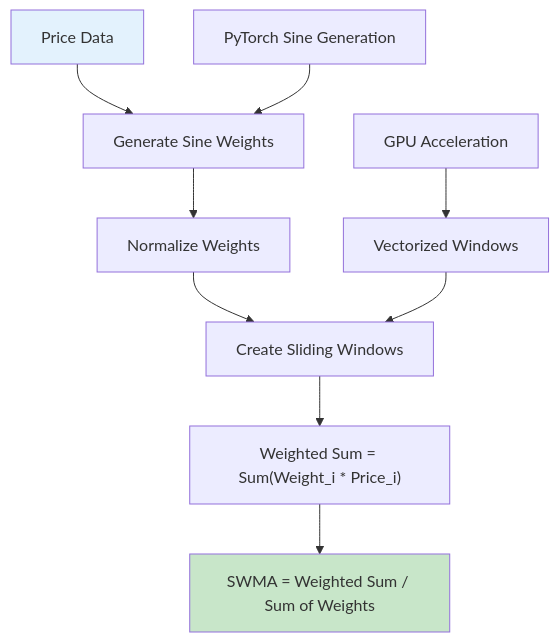
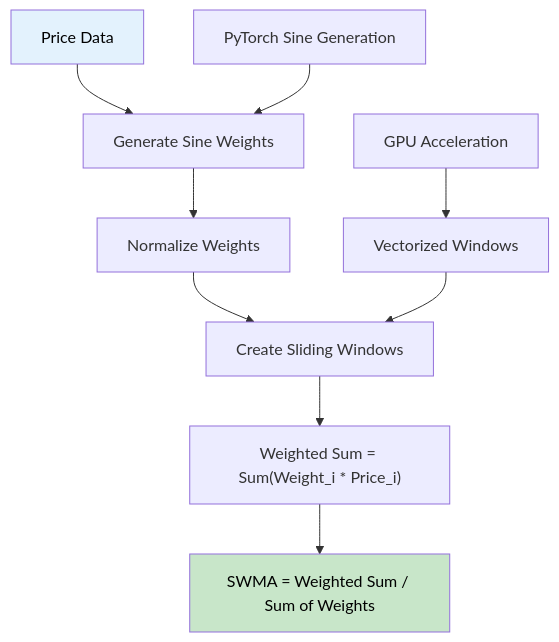
One commit to danyal-007/Technical-Analysis-Processor changed diagram 31 of 35 in README.md. Above: the diagram before and after it, drawn with Mermaid. The commit also changed other lines of this file and 3 other files, not shown here.

````diff
--- a/README.md
+++ b/README.md
@@ -768,15 +768,15 @@
 ```mermaid
 flowchart TD
     A["Price Data"] --> B["Generate Sine Weights"]
     B --> C["Normalize Weights"]
     C --> D["Create Sliding Windows"]
     D --> E["Weighted Sum = Sum(Weight_i * Price_i)"]
     E --> F["SWMA = Weighted Sum / Sum of Weights"]
 
     G["PyTorch Sine Generation"] --> B
     H["Vectorized Windows"] --> D
     I["GPU Acceleration"] --> H
 
-    style A fill:#e3f2fd
-    style F fill:#c8e6c9
+    style A fill:#e3f2fd,color:#000000
+    style F fill:#c8e6c9,color:#000000
 ```
````
